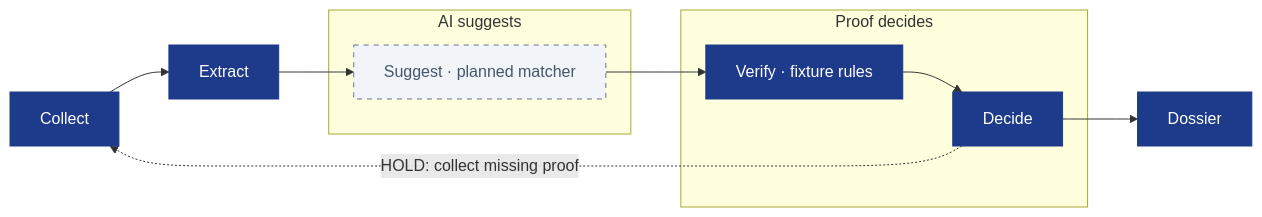
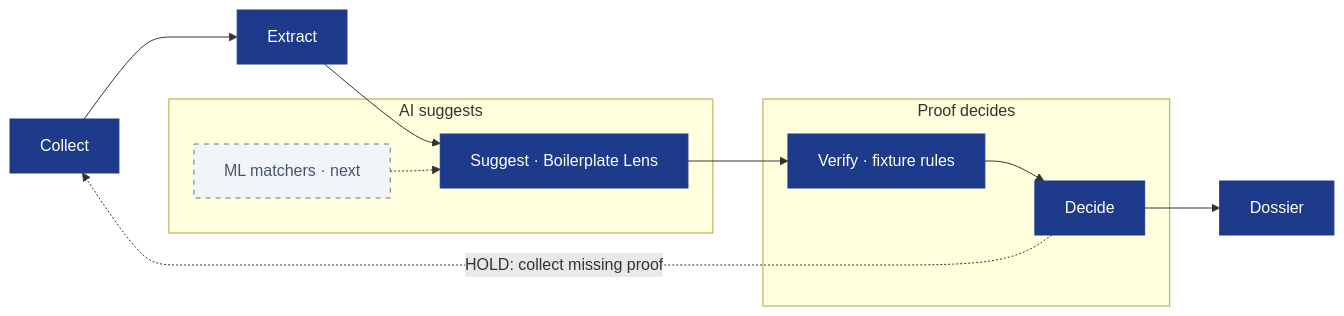
Before and after one commit to nsaharsh11/SakshiAstra: the diagram in README.md, drawn with Mermaid. The commit also changed other lines of this file, not shown here.

````diff
--- a/README.md
+++ b/README.md
@@ -37,18 +55,19 @@
 ```mermaid
 flowchart LR
   Collect[Collect] --> Extract[Extract]
   Extract --> Suggest
   subgraph AI["AI suggests"]
-    Suggest["Suggest · planned matcher"]
+    Suggest["Suggest · Boilerplate Lens"]
+    Matchers["ML matchers · next"] -.-> Suggest
   end
   Suggest --> Verify
   subgraph Proof["Proof decides"]
     Verify["Verify · fixture rules"] --> Decide[Decide]
   end
   Decide --> Dossier[Dossier]
   Decide -.->|HOLD: collect missing proof| Collect
   classDef built fill:#1E3A8A,color:#FFFFFF,stroke:#1E3A8A
   classDef planned fill:#F1F5F9,color:#475569,stroke:#64748B,stroke-dasharray:5 5
-  class Collect,Extract,Verify,Decide,Dossier built
-  class Suggest planned
+  class Collect,Extract,Suggest,Verify,Decide,Dossier built
+  class Matchers planned
 ```
````
